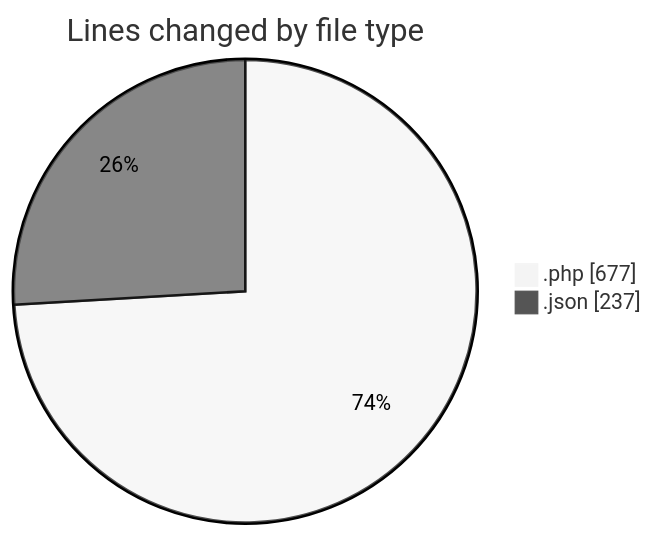
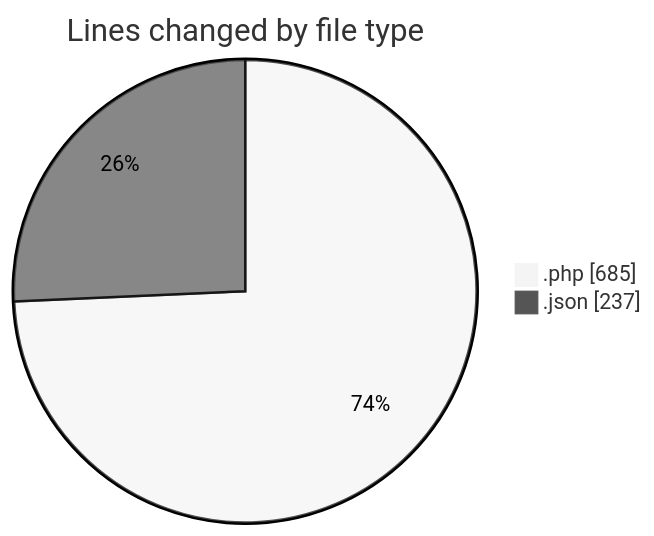
Before and after one commit to idhammustaqopulfikri/code-tracking: the first of 2 diagrams in 2025-06-02/studio-backend/README.md, drawn with Mermaid (neutral theme). The commit also changed other lines of this file and 1 other file, not shown here.

````diff
--- a/2025-06-02/studio-backend/README.md
+++ b/2025-06-02/studio-backend/README.md
@@ -29,6 +29,6 @@
 ```mermaid
 pie showData
 title Lines changed by file type
-".php" : 677
+".php" : 685
 ".json" : 237
 ```
````
